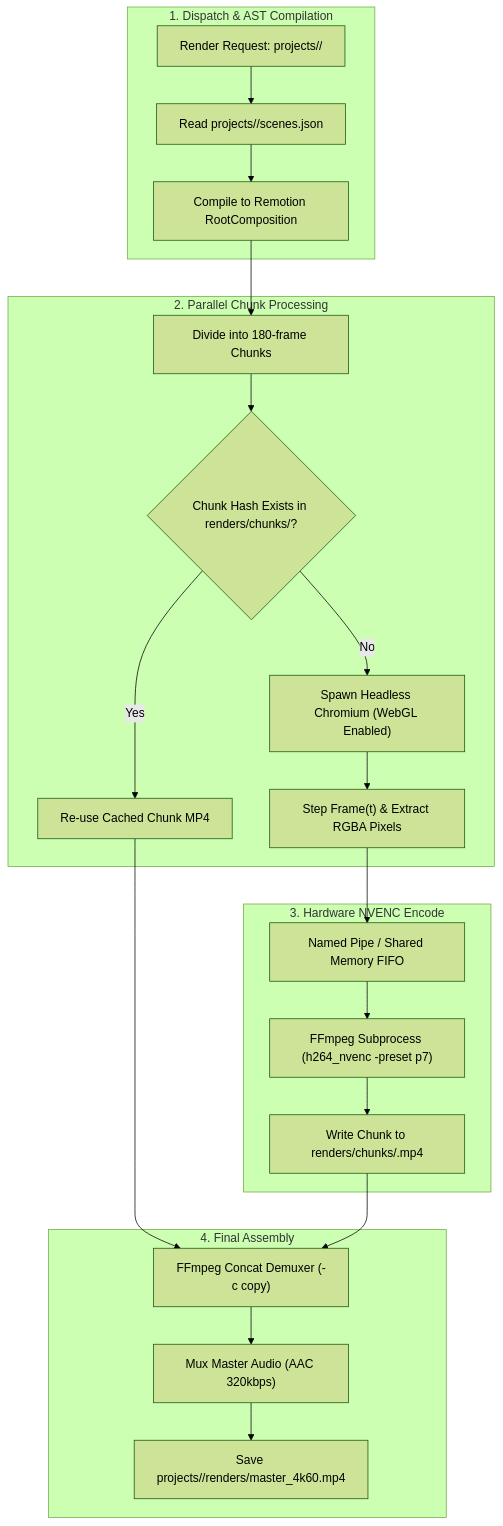
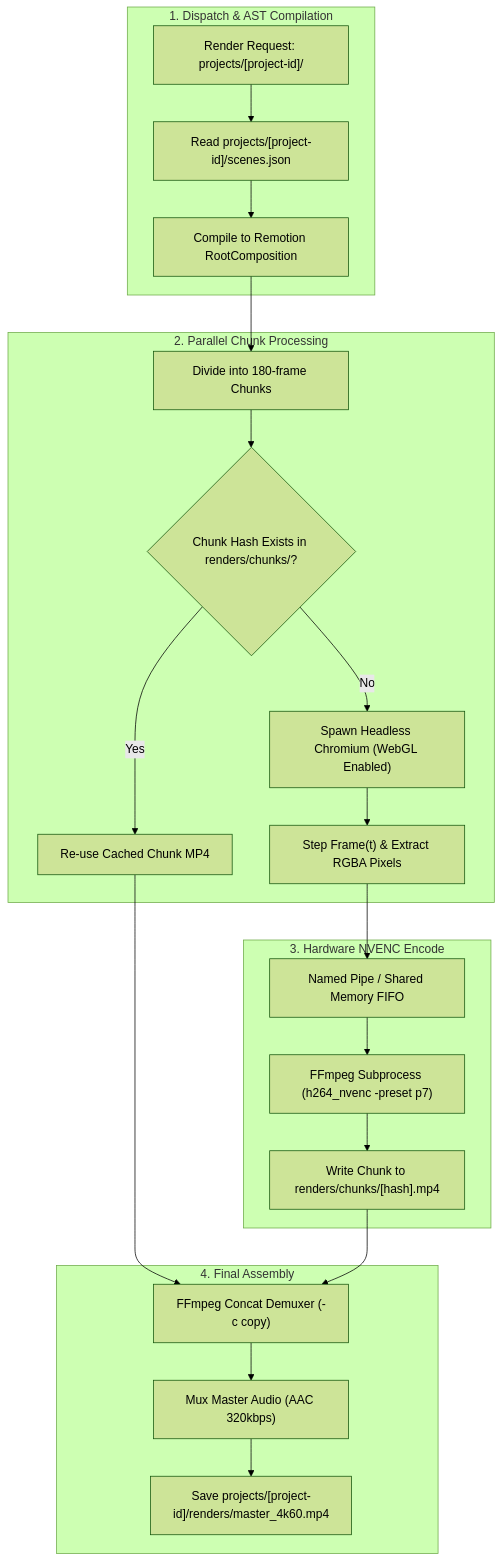
One commit to hoanglong2206/Video-Tool changed the diagram in apps/render/ARCHITECTURE.md. Above: the diagram before and after it, drawn with Mermaid (forest theme). The commit also changed 8 other files, not shown here.

First line of the commit message:
fix(docs): fix Mermaid diagram syntax errors and unescaped tags

````diff
--- a/apps/render/ARCHITECTURE.md
+++ b/apps/render/ARCHITECTURE.md
@@ -38,27 +38,27 @@
 ```mermaid
 flowchart TD
-    subgraph "1. Dispatch & AST Compilation"
-        Job["Render Request: projects/<id>/"] --> ReadDSL["Read projects/<id>/scenes.json"]
+    subgraph PrepPhase ["1. Dispatch & AST Compilation"]
+        Job["Render Request: projects/[project-id]/"] --> ReadDSL["Read projects/[project-id]/scenes.json"]
         ReadDSL --> Compiler["Compile to Remotion RootComposition"]
     end
 
-    subgraph "2. Parallel Chunk Processing"
+    subgraph ChunkPhase ["2. Parallel Chunk Processing"]
         Compiler --> Chunks["Divide into 180-frame Chunks"]
         Chunks --> CheckCache{"Chunk Hash Exists in renders/chunks/?"}
         CheckCache -- Yes --> Skip["Re-use Cached Chunk MP4"]
         CheckCache -- No --> ExecChrome["Spawn Headless Chromium (WebGL Enabled)"]
         ExecChrome --> FrameStep["Step Frame(t) & Extract RGBA Pixels"]
     end
 
-    subgraph "3. Hardware NVENC Encode"
+    subgraph EncodePhase ["3. Hardware NVENC Encode"]
         FrameStep --> Pipe["Named Pipe / Shared Memory FIFO"]
         Pipe --> NVENC["FFmpeg Subprocess (h264_nvenc -preset p7)"]
-        NVENC --> SaveChunk["Write Chunk to renders/chunks/<hash>.mp4"]
+        NVENC --> SaveChunk["Write Chunk to renders/chunks/[hash].mp4"]
     end
 
-    subgraph "4. Final Assembly"
+    subgraph AssemblyPhase ["4. Final Assembly"]
         Skip & SaveChunk --> Concat["FFmpeg Concat Demuxer (-c copy)"]
         Concat --> AudioMux["Mux Master Audio (AAC 320kbps)"]
-        AudioMux --> Master["Save projects/<id>/renders/master_4k60.mp4"]
+        AudioMux --> Master["Save projects/[project-id]/renders/master_4k60.mp4"]
     end
 ```
````
